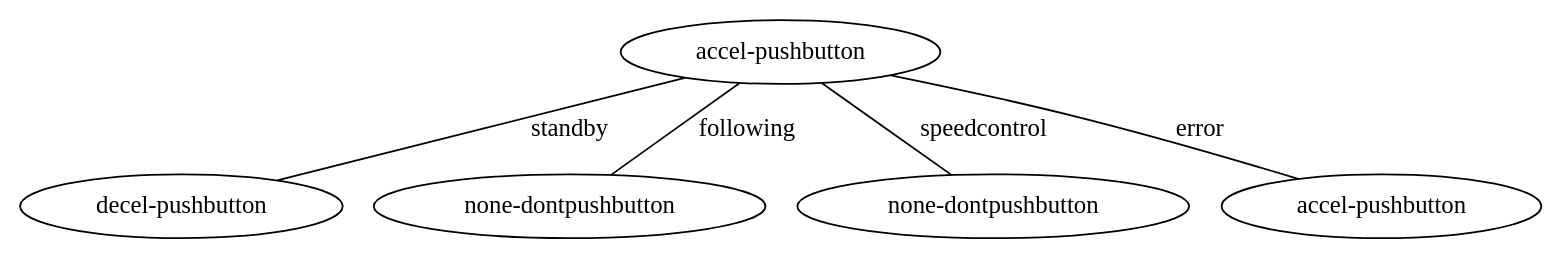
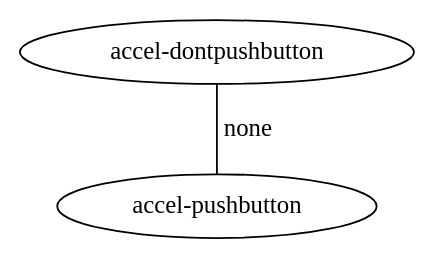
One commit to AlyssaLytle/DecPOMDP_Suite changed the diagram in MADPtools/htree.dot. Above: the diagram before and after it, drawn with Graphviz. The commit also changed 176 other files, not shown here.

```diff
--- a/MADPtools/htree.dot
+++ b/MADPtools/htree.dot
@@ -1,12 +1,6 @@
 digraph human_tree {
 edge [dir=none];
-node0 [ label = "accel-pushbutton" ];
-node1 [ label = "decel-pushbutton" ];
-node2 [ label = "none-dontpushbutton" ];
-node3 [ label = "none-dontpushbutton" ];
-node4 [ label = "accel-pushbutton" ];
-node0 -> node1 [label="standby"];
-node0 -> node2 [label="following"];
-node0 -> node3 [label="speedcontrol"];
-node0 -> node4 [label="error"];
+node0 [ label = "accel-dontpushbutton" ];
+node1 [ label = "accel-pushbutton" ];
+node0 -> node1 [label="none"];
 }
```
